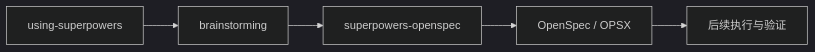
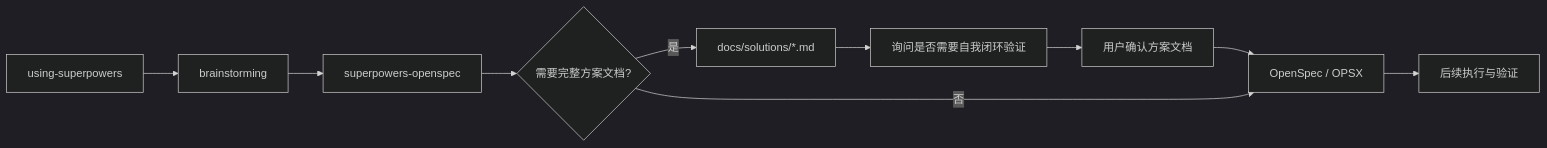
One commit to tielei60/superpowers-openspec changed the diagram in references/skill-usage-sequence.md. Above: the diagram before and after it, drawn with Mermaid (dark theme). The commit also changed other lines of this file and 11 other files, not shown here.

````diff
--- a/references/skill-usage-sequence.md
+++ b/references/skill-usage-sequence.md
@@ -7,7 +7,12 @@
 ```mermaid
 flowchart LR
     A[using-superpowers] --> B[brainstorming]
     B --> C[superpowers-openspec]
-    C --> D[OpenSpec / OPSX]
-    D --> E[后续执行与验证]
+    C --> D{需要完整方案文档?}
+    D -- 是 --> E[docs/solutions/*.md]
+    E --> F[询问是否需要自我闭环验证]
+    F --> G[用户确认方案文档]
+    G --> H[OpenSpec / OPSX]
+    D -- 否 --> H[OpenSpec / OPSX]
+    H --> I[后续执行与验证]
 ```
````
